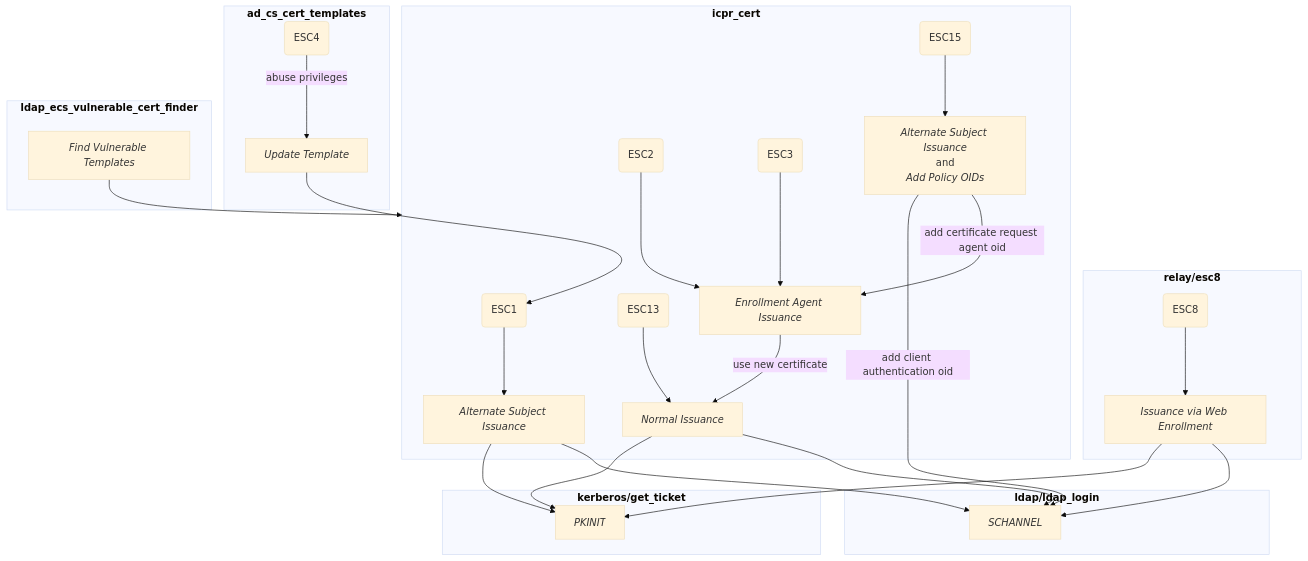
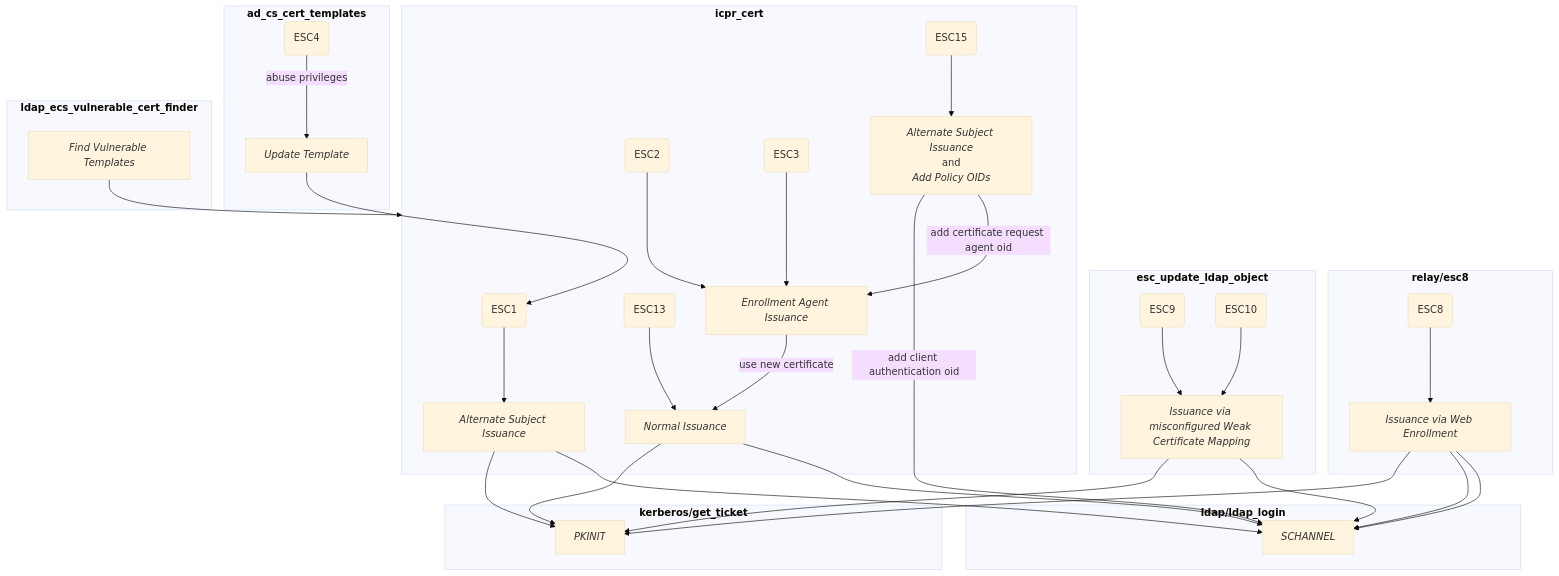
The first of 2 diagrams in docs/metasploit-framework.wiki/ad-certificates/Attacking-AD-CS-ESC-Vulnerabilities.md (rapid7/metasploit-framework), drawn with Mermaid (base theme) before and after one commit. The commit also changed 1 other file, not shown here.

Commit message:
Added flow chart and minor fixes

````diff
--- a/docs/metasploit-framework.wiki/ad-certificates/Attacking-AD-CS-ESC-Vulnerabilities.md
+++ b/docs/metasploit-framework.wiki/ad-certificates/Attacking-AD-CS-ESC-Vulnerabilities.md
@@ -6,49 +6,56 @@
 ```mermaid
 flowchart TD
     subgraph ad_cs_cert_templates[<b>ad_cs_cert_templates</b>]
         ESC4(ESC4)
         update_template[<i>Update Template</i>]
         ESC4 -- abuse privileges --> update_template
     end
     subgraph relay/esc8[<b>relay/esc8</b>]
         ESC8(ESC8)
         ESC8 --> web_enrollment[<i>Issuance via Web Enrollment</i>]
+    end
+    subgraph esc_update_ldap_object[<b>esc_update_ldap_object</b>]
+        ESC9(ESC9) --> weak_certificate_mapping[<i>Issuance via misconfigured Weak Certificate Mapping</i>]
+        ESC10(ESC10) --> weak_certificate_mapping[<i>Issuance via misconfigured Weak Certificate Mapping</i>]
     end
     subgraph icpr_cert[<b>icpr_cert</b>]
         ESC1(ESC1)
         ESC2(ESC2)
         ESC3(ESC3)
         ESC13(ESC13)
         ESC15(ESC15)
         alt_subject[<i>Alternate Subject Issuance</i>]
         add_policies[<i>Alternate Subject Issuance</i><br>and<br><i>Add Policy OIDs</i>]
         as_eagent[<i>Enrollment Agent Issuance</i>]
         normal[<i>Normal Issuance</i>]
 
         ESC1 --> alt_subject
         ESC2 --> as_eagent
         ESC3 --> as_eagent
         ESC13 --> normal
         ESC15 --> add_policies
         as_eagent -- use new certificate --> normal
     end
     subgraph kerberos/get_ticket[<b>kerberos/get_ticket</b>]
         PKINIT[<i>PKINIT</i>]
     end
     subgraph ldap/ldap_login[<b>ldap/ldap_login</b>]
         SCHANNEL[<i>SCHANNEL</i>]
     end
     subgraph ldap_esc_vulnerable_cert_finder[<b>ldap_ecs_vulnerable_cert_finder</b>]
         find_vulnerable_templates[<i>Find Vulnerable Templates</i>]
     end
     add_policies -- add client authentication oid --> SCHANNEL
     add_policies -- add certificate request agent oid --> as_eagent
     alt_subject --> PKINIT
     alt_subject --> SCHANNEL
     find_vulnerable_templates --> icpr_cert
     normal --> PKINIT
     normal --> SCHANNEL
     update_template --> ESC1
     web_enrollment --> PKINIT
     web_enrollment --> SCHANNEL
+    web_enrollment --> SCHANNEL
+    weak_certificate_mapping --> PKINIT
+    weak_certificate_mapping --> SCHANNEL
 ```
````
